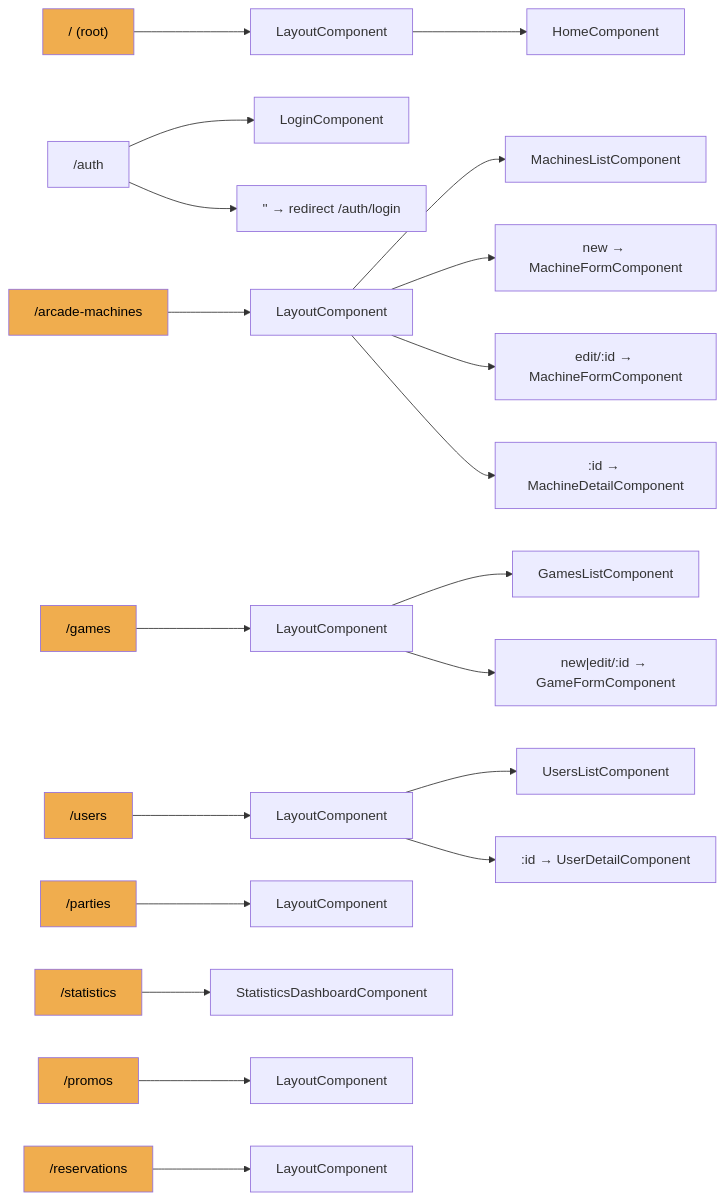
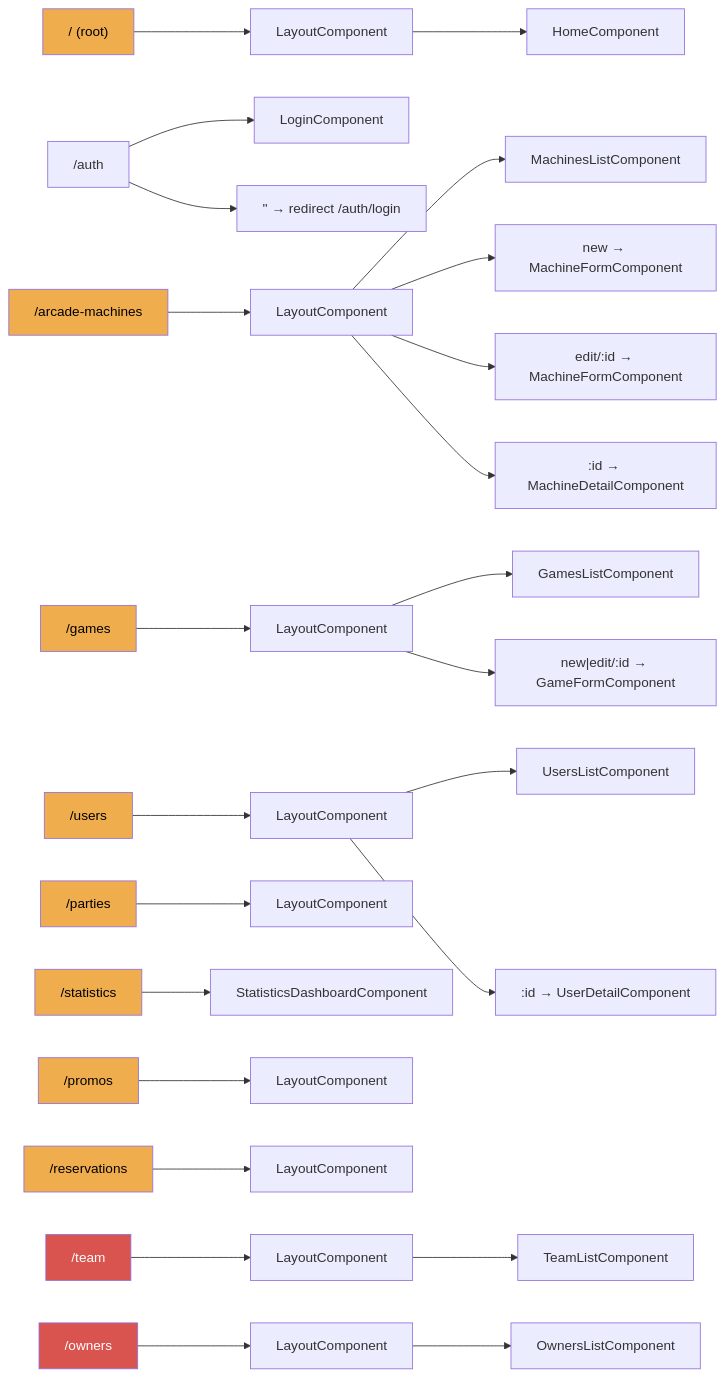
One commit to retronova-industry/Retronova-backoffice changed the second of 3 diagrams in Documentation-Technique.md. Above: the diagram before and after it, drawn with Mermaid. The commit also changed other lines of this file, not shown here.

````diff
--- a/Documentation-Technique.md
+++ b/Documentation-Technique.md
@@ -271,29 +272,35 @@
 ```mermaid
 graph LR
     ROOT["/ (root)"]:::guarded --> LAYOUT[LayoutComponent]
     LAYOUT --> HOME[HomeComponent]
 
     AUTH["/auth"] --> LOGIN[LoginComponent]
     AUTH --> REDIRECT["'' → redirect /auth/login"]
 
     ARCADES["/arcade-machines"]:::guarded --> ARCADE_LAYOUT[LayoutComponent]
     ARCADE_LAYOUT --> MACHINES_LIST[MachinesListComponent]
     ARCADE_LAYOUT --> MACHINE_NEW["new → MachineFormComponent"]
     ARCADE_LAYOUT --> MACHINE_EDIT["edit/:id → MachineFormComponent"]
     ARCADE_LAYOUT --> MACHINE_DETAIL[":id → MachineDetailComponent"]
 
     GAMES["/games"]:::guarded --> GAME_LAYOUT[LayoutComponent]
     GAME_LAYOUT --> GAMES_LIST[GamesListComponent]
     GAME_LAYOUT --> GAME_FORM["new|edit/:id → GameFormComponent"]
 
     USERS["/users"]:::guarded --> USER_LAYOUT[LayoutComponent]
     USER_LAYOUT --> USERS_LIST[UsersListComponent]
     USER_LAYOUT --> USER_DETAIL[":id → UserDetailComponent"]
 
     PARTIES["/parties"]:::guarded --> PARTY_LAYOUT[LayoutComponent]
     STATS["/statistics"]:::guarded --> STATS_DASHBOARD[StatisticsDashboardComponent]
     PROMOS["/promos"]:::guarded --> PROMO_LAYOUT[LayoutComponent]
     RESERVATIONS["/reservations"]:::guarded --> RESA_LAYOUT[LayoutComponent]
 
+    TEAM["/team"]:::superadmin --> TEAM_LAYOUT[LayoutComponent]
+    TEAM_LAYOUT --> TEAM_LIST[TeamListComponent]
+    OWNERS["/owners"]:::superadmin --> OWNERS_LAYOUT[LayoutComponent]
+    OWNERS_LAYOUT --> OWNERS_LIST[OwnersListComponent]
+
     classDef guarded fill:#f0ad4e,color:#000
+    classDef superadmin fill:#d9534f,color:#fff
 ```
````
